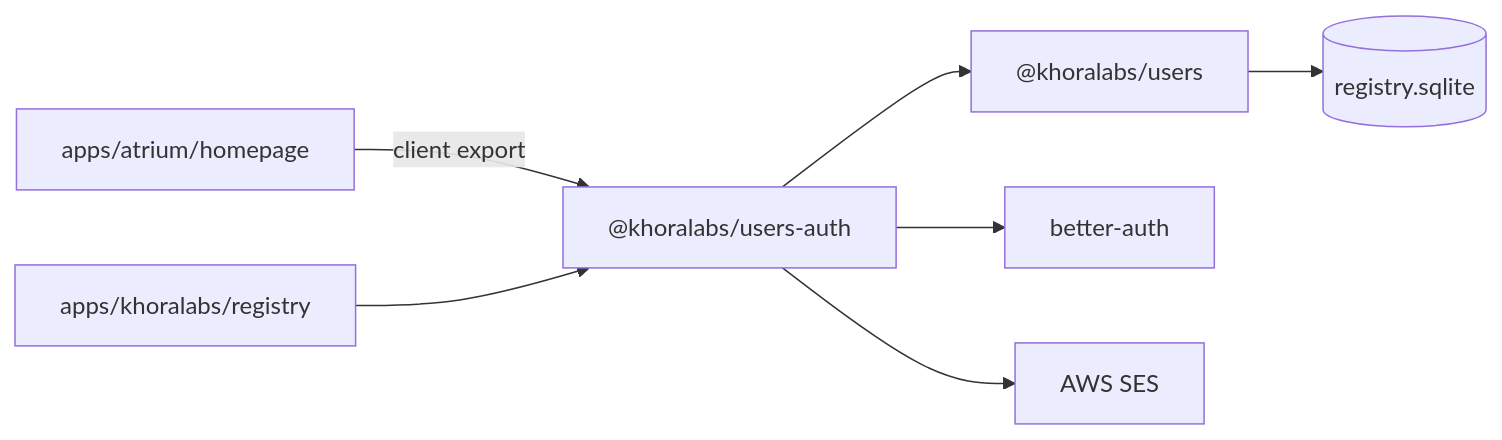
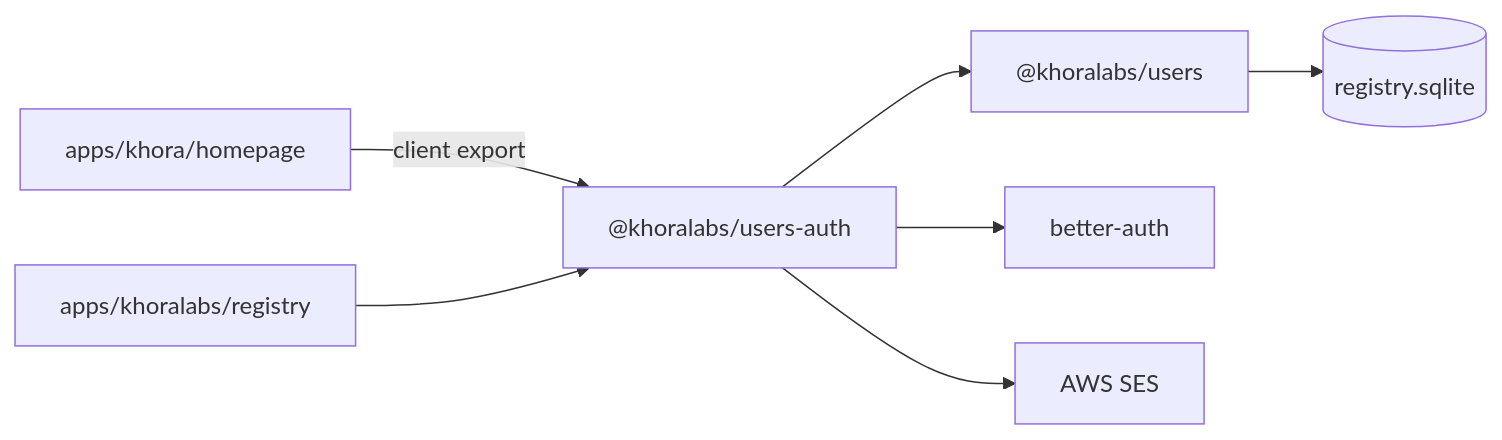
One commit to khoralabs/khora changed the diagram in packages/khoralabs/users-auth/README.md. Above: the diagram before and after it, drawn with Mermaid. The commit also changed other lines of this file and 554 other files, not shown here.

Commit message:
rename atrium to khora

````diff
--- a/packages/khoralabs/users-auth/README.md
+++ b/packages/khoralabs/users-auth/README.md
@@ -7,9 +7,9 @@
 ```mermaid
 graph LR
-  homepage["apps/atrium/homepage"] -->|"client export"| usersAuth["@khoralabs/users-auth"]
+  homepage["apps/khora/homepage"] -->|"client export"| usersAuth["@khoralabs/users-auth"]
   registry["apps/khoralabs/registry"] --> usersAuth
   usersAuth --> users["@khoralabs/users"]
   usersAuth --> betterAuth["better-auth"]
   usersAuth --> ses["AWS SES"]
   users --> db[("registry.sqlite")]
 ```
````
